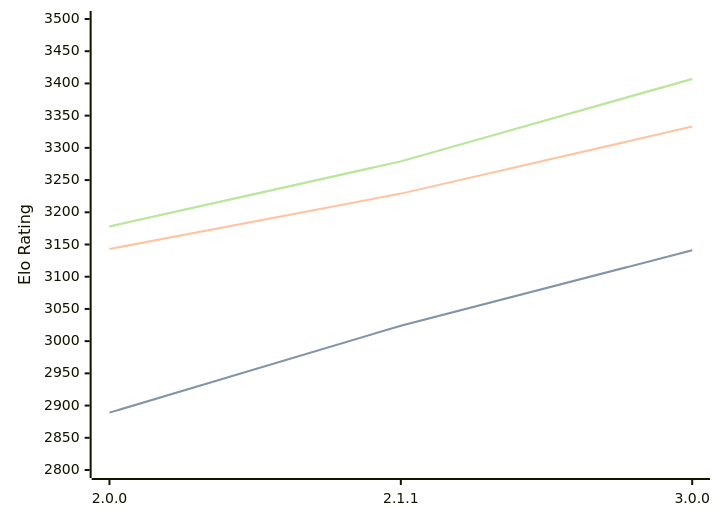
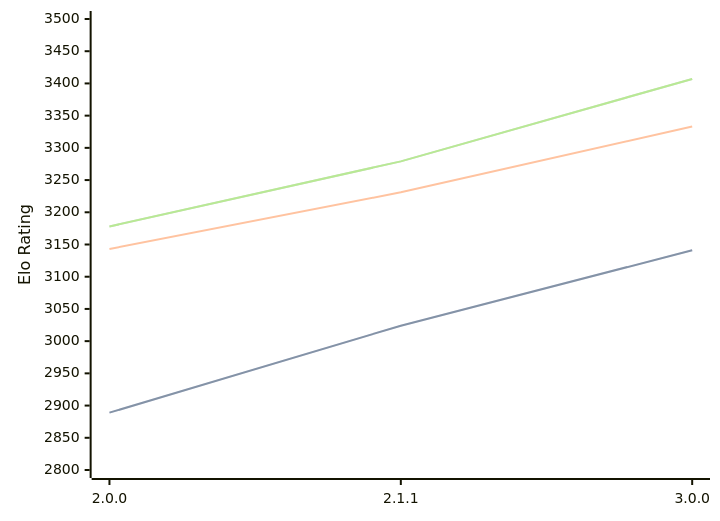
One commit to computer-chess-index/cci changed the diagram in engines/Bread.md. Above: the diagram before and after it, drawn with Mermaid. The commit also changed other lines of this file, not shown here.

````diff
--- a/engines/Bread.md
+++ b/engines/Bread.md
@@ -51,11 +51,11 @@
 ```mermaid
 %%{init: {"theme":"base","themeVariables":{"seriesColors:['#a3a3a3','#222221','#faa371']}}}%%
 xychart-beta
   x-axis ["2.0.0", "2.1.1", "3.0.0"]
   y-axis "Elo Rating" 2800 --> 3500
   line "STC (8.0+0.08s)" [2889, 3024, 3141]
   line "STC (8.0+0.08s)" [2889, 3024, 3141]
-  line "LTC (60.0+0.60s)" [3143, 3229, 3333]
+  line "LTC (60.0+0.60s)" [3143, 3231, 3333]
   line "VLTC (2m24s+1.12s)" [3178, 3279, 3407]
   line "VLTC (2m24s+1.12s)" [3178, 3279, 3407]
 ```
````
